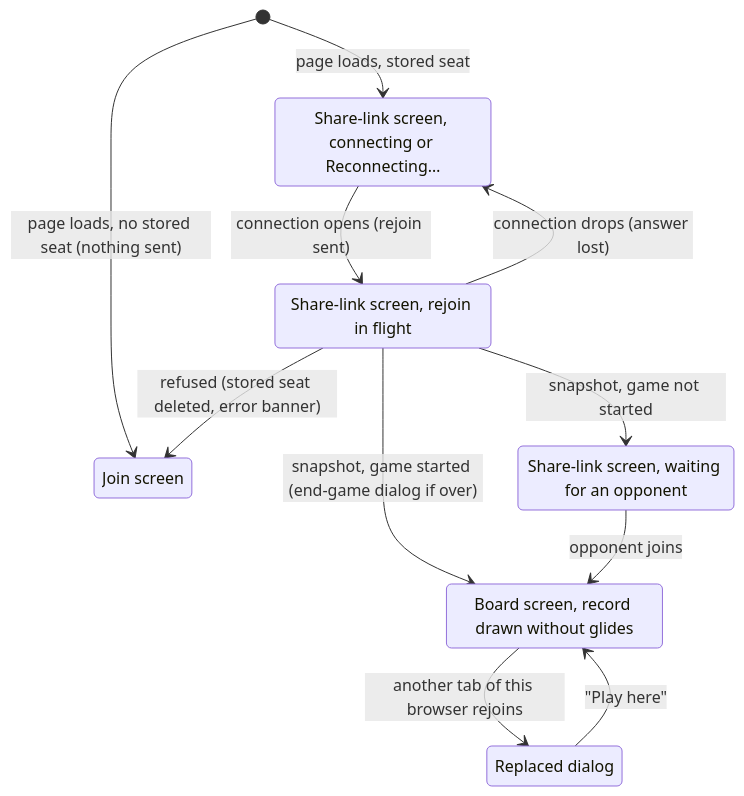
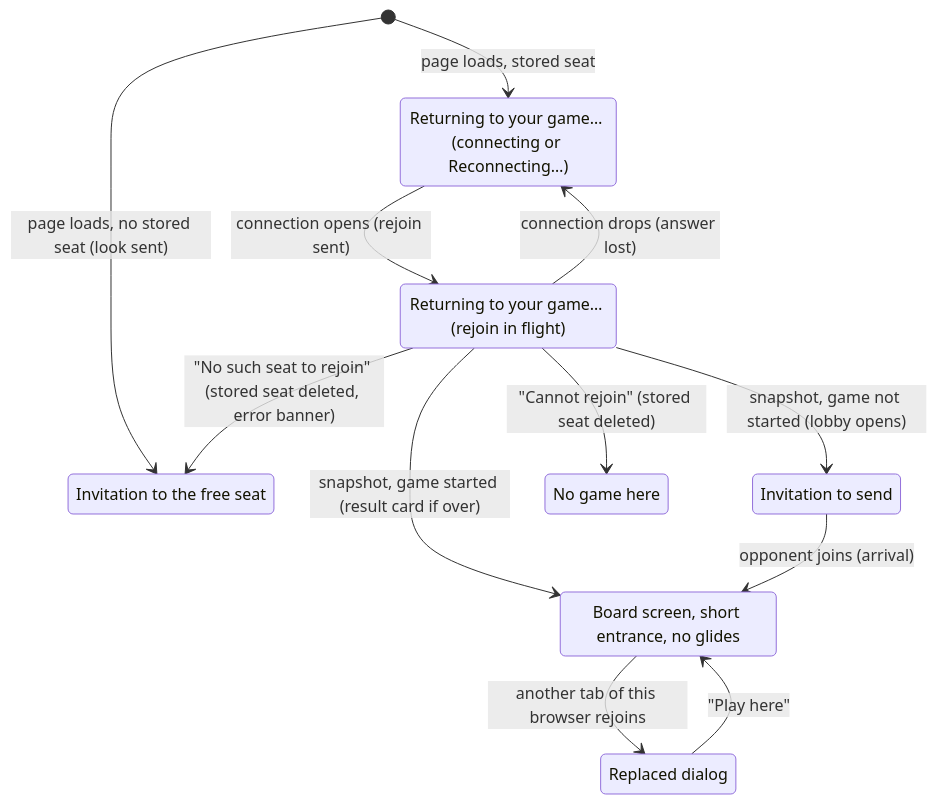
Before and after one commit to howard36/3d-chess: the diagram in product-description/session/reload-and-return.md, drawn with Mermaid. The commit also changed other lines of this file and 38 other files, not shown here.

````diff
--- a/product-description/session/reload-and-return.md
+++ b/product-description/session/reload-and-return.md
@@ -17,19 +17,21 @@
 ```mermaid
 stateDiagram-v2
-    state "Join screen" as join
-    state "Share-link screen, connecting or Reconnecting…" as connecting
-    state "Share-link screen, rejoin in flight" as flight
-    state "Share-link screen, waiting for an opponent" as share
-    state "Board screen, record drawn without glides" as board
+    state "Invitation to the free seat" as join
+    state "Returning to your game… (connecting or Reconnecting…)" as connecting
+    state "Returning to your game… (rejoin in flight)" as flight
+    state "Invitation to send" as share
+    state "Board screen, short entrance, no glides" as board
+    state "No game here" as gone
     state "Replaced dialog" as replaced
-    [*] --> join : page loads, no stored seat (nothing sent)
+    [*] --> join : page loads, no stored seat (look sent)
     [*] --> connecting : page loads, stored seat
     connecting --> flight : connection opens (rejoin sent)
     flight --> connecting : connection drops (answer lost)
-    flight --> board : snapshot, game started (end-game dialog if over)
-    flight --> share : snapshot, game not started
-    share --> board : opponent joins
-    flight --> join : refused (stored seat deleted, error banner)
+    flight --> board : snapshot, game started (result card if over)
+    flight --> share : snapshot, game not started (lobby opens)
+    share --> board : opponent joins (arrival)
+    flight --> gone : "Cannot rejoin" (stored seat deleted)
+    flight --> join : "No such seat to rejoin" (stored seat deleted, error banner)
     board --> replaced : another tab of this browser rejoins
     replaced --> board : "Play here"
 ```
````
